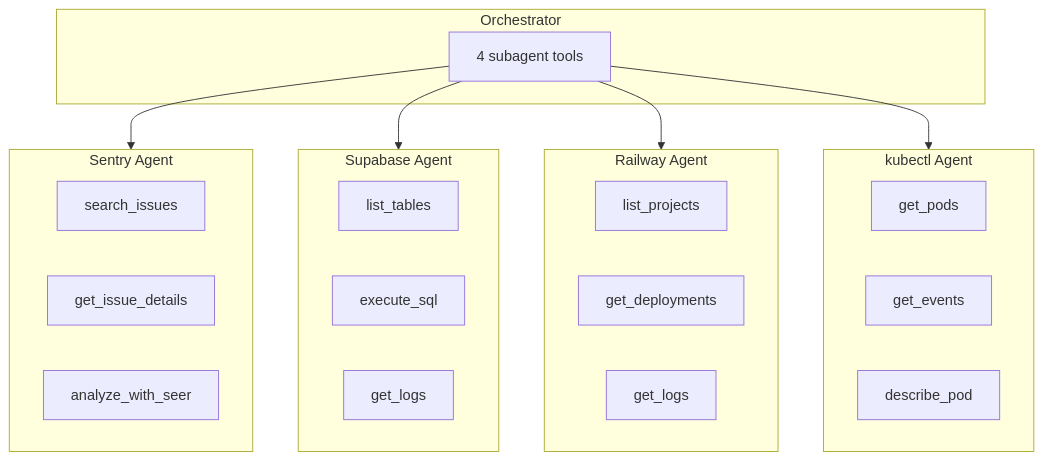
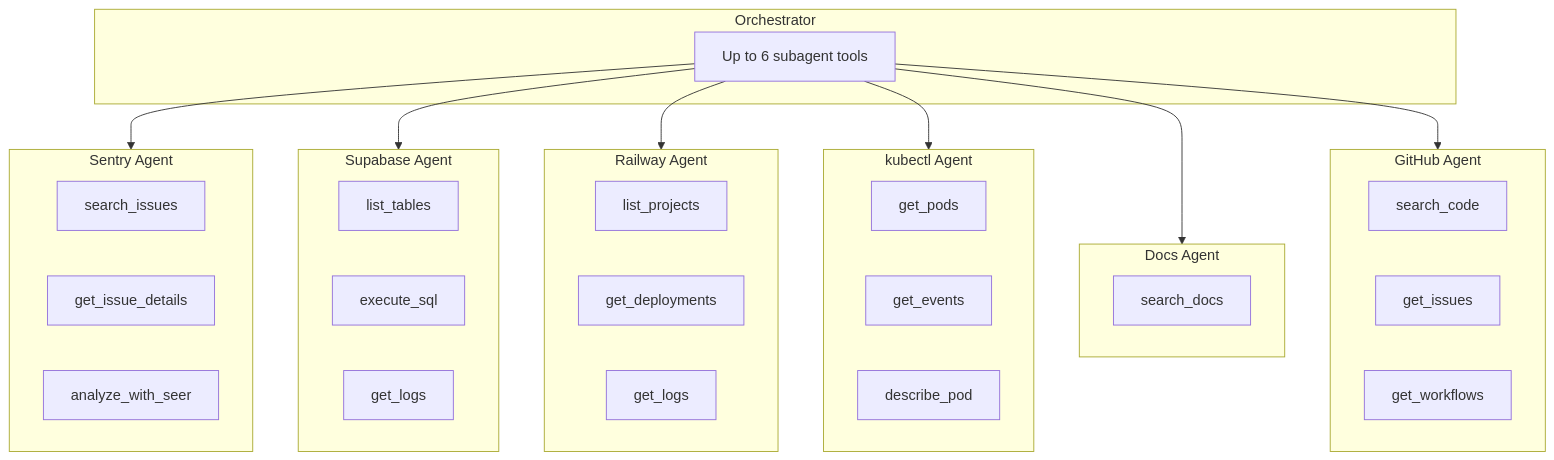
Before and after one commit to hud-evals/hud-python: the diagram in docs/cookbooks/ops-diagnostics.mdx, drawn with Mermaid. The commit also changed other lines of this file, not shown here.

````diff
--- a/docs/cookbooks/ops-diagnostics.mdx
+++ b/docs/cookbooks/ops-diagnostics.mdx
@@ -17,35 +17,47 @@
 ```mermaid
 flowchart TD
     subgraph orch["Orchestrator"]
-        O["4 subagent tools"]
+        O["Up to 6 subagent tools"]
     end
     
     subgraph sentry["Sentry Agent"]
         S1["search_issues"]
         S2["get_issue_details"]
         S3["analyze_with_seer"]
     end
     
     subgraph supabase["Supabase Agent"]
         SU1["list_tables"]
         SU2["execute_sql"]
         SU3["get_logs"]
     end
     
     subgraph railway["Railway Agent"]
         R1["list_projects"]
         R2["get_deployments"]
         R3["get_logs"]
     end
     
     subgraph kubectl["kubectl Agent"]
         K1["get_pods"]
         K2["get_events"]
         K3["describe_pod"]
     end
     
+    subgraph docs["Docs Agent"]
+        D1["search_docs"]
+    end
+    
+    subgraph github["GitHub Agent"]
+        G1["search_code"]
+        G2["get_issues"]
+        G3["get_workflows"]
+    end
+    
     O --> sentry
     O --> supabase
     O --> railway
     O --> kubectl
+    O --> docs
+    O --> github
 ```
````
